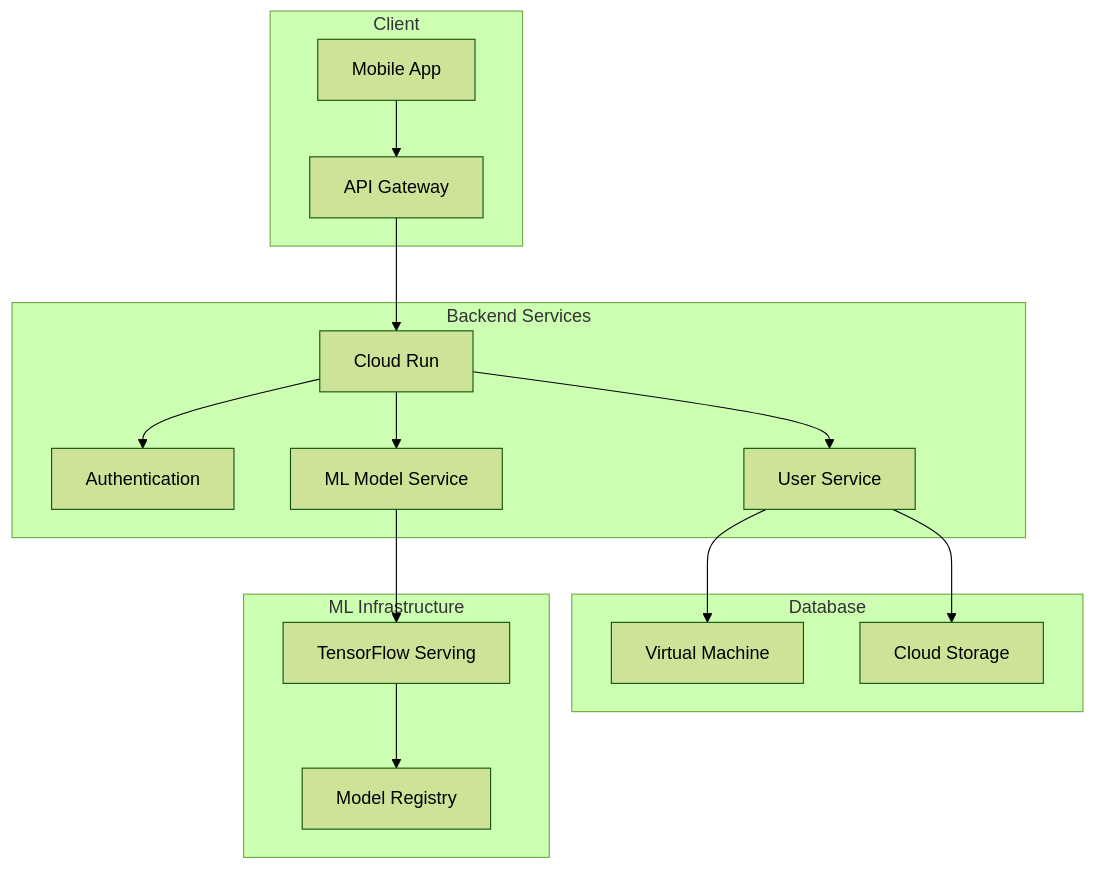
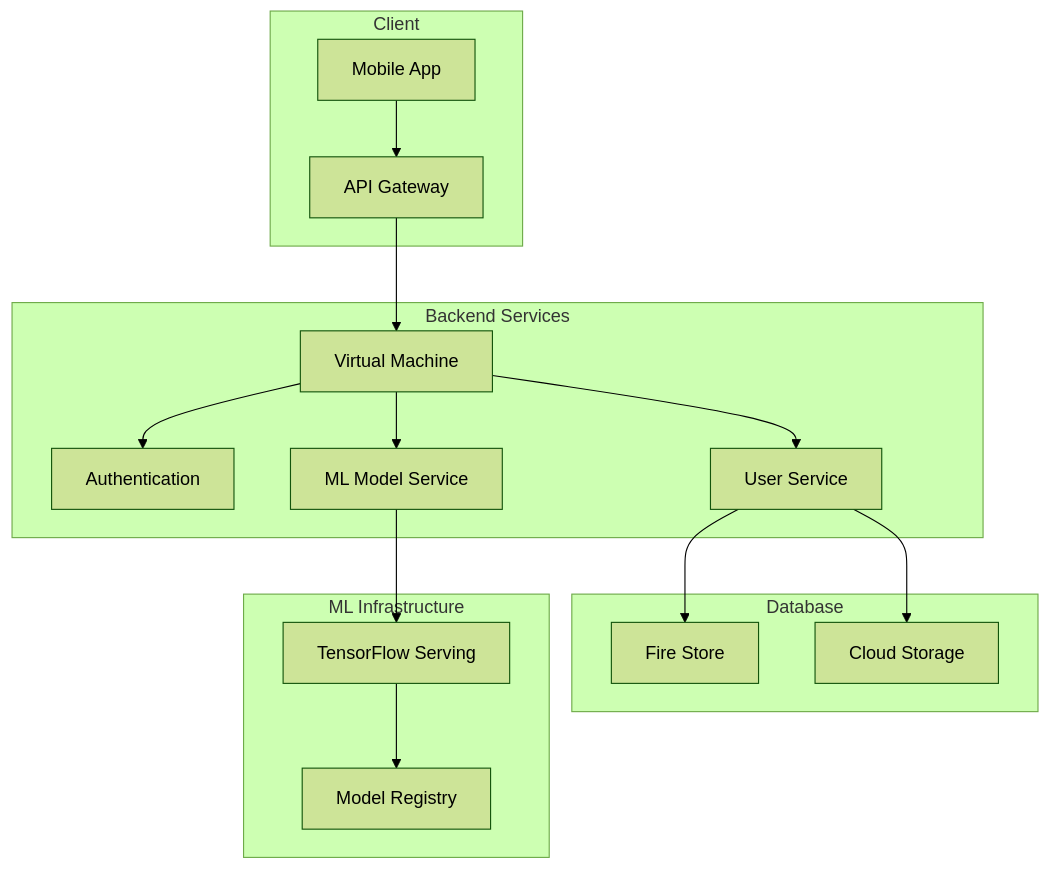
One commit to CeKulit/cekulit-backend changed the first of 2 diagrams in README.md. Above: the diagram before and after it, drawn with Mermaid (forest theme). The commit also changed other lines of this file, not shown here.

````diff
--- a/README.md
+++ b/README.md
@@ -35,23 +35,23 @@
 ```mermaid
 graph TB
     subgraph Client
         A[Mobile App] --> B[API Gateway]
     end
     
     subgraph Backend Services
-        B --> C[Cloud Run]
+        B --> C[Virtual Machine]
         C --> D[Authentication]
         C --> E[ML Model Service]
         C --> F[User Service]
     end
     
     subgraph Database
-        F --> G[Virtual Machine]
+        F --> G[Fire Store]
         F --> H[Cloud Storage]
     end
     
     subgraph ML Infrastructure
         E --> I[TensorFlow Serving]
         I --> J[Model Registry]
     end
 ```
````
